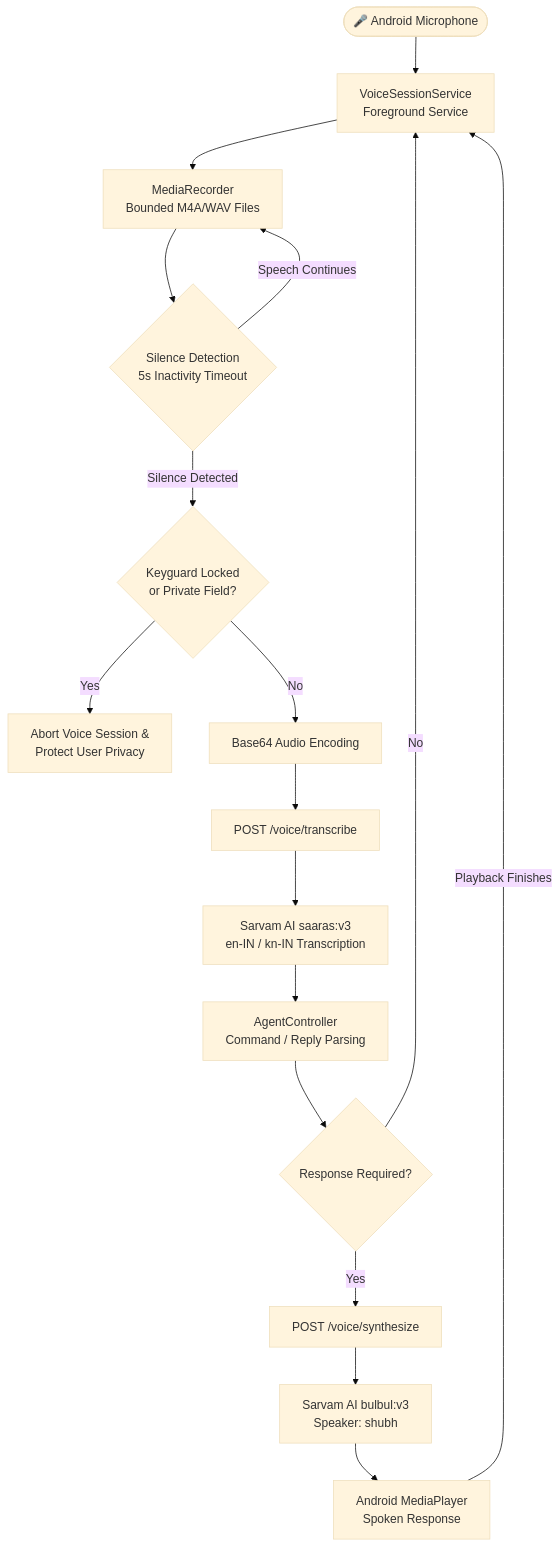
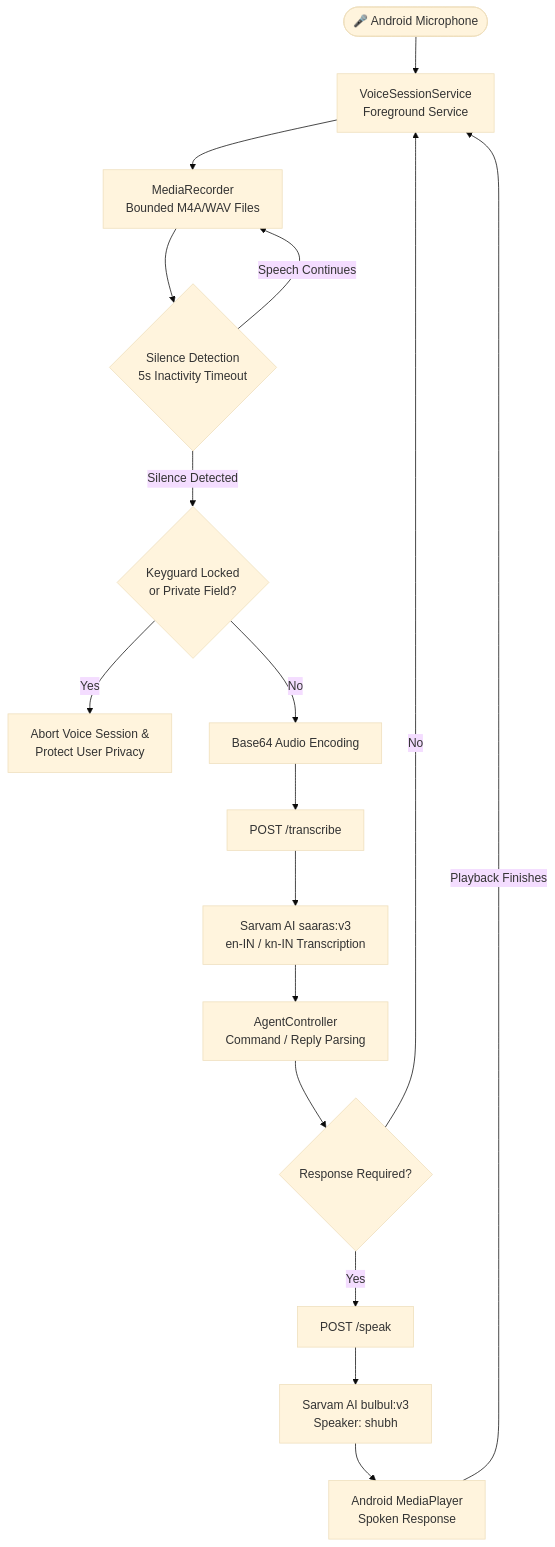
One commit to kkoushik24/handsfree-AI changed the third of 3 diagrams in README.md. Above: the diagram before and after it, drawn with Mermaid (base theme). The commit also changed other lines of this file and 10 other files, not shown here.

````diff
--- a/README.md
+++ b/README.md
@@ -221,19 +221,19 @@
 ```mermaid
 flowchart TD
     Mic([🎤 Android Microphone]) --> VSS[VoiceSessionService<br/>Foreground Service]
     VSS --> Rec[MediaRecorder<br/>Bounded M4A/WAV Files]
     Rec --> VAD{Silence Detection<br/>5s Inactivity Timeout}
     VAD -->|Speech Continues| Rec
     VAD -->|Silence Detected| LockCheck{Keyguard Locked<br/>or Private Field?}
     LockCheck -->|Yes| Abort[Abort Voice Session &<br/>Protect User Privacy]
     LockCheck -->|No| Encode[Base64 Audio Encoding]
-    Encode --> BridgeSTT[POST /voice/transcribe]
+    Encode --> BridgeSTT[POST /transcribe]
     BridgeSTT --> SarvamSTT[Sarvam AI saaras:v3<br/>en-IN / kn-IN Transcription]
     SarvamSTT --> Controller[AgentController<br/>Command / Reply Parsing]
     Controller --> TTSCheck{Response Required?}
-    TTSCheck -->|Yes| BridgeTTS[POST /voice/synthesize]
+    TTSCheck -->|Yes| BridgeTTS[POST /speak]
     BridgeTTS --> SarvamTTS[Sarvam AI bulbul:v3<br/>Speaker: shubh]
     SarvamTTS --> Player[Android MediaPlayer<br/>Spoken Response]
     Player -->|Playback Finishes| VSS
     TTSCheck -->|No| VSS
 ```
````
